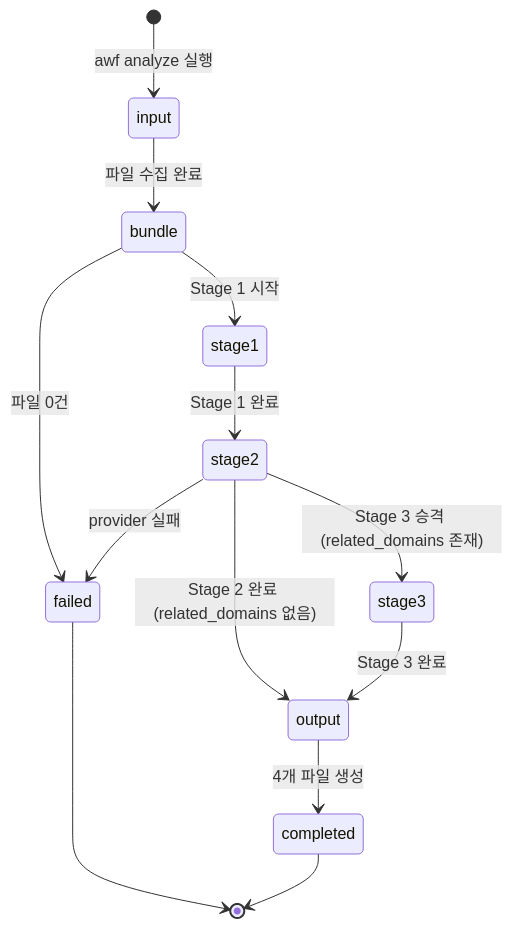
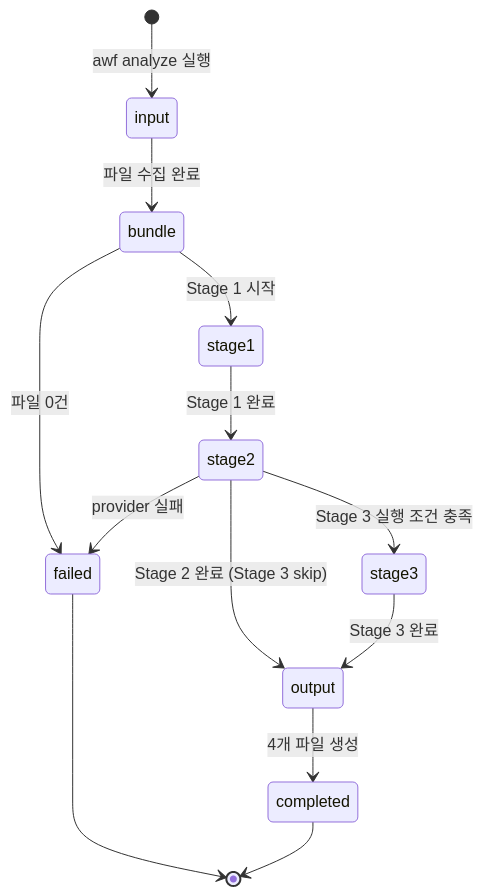
One commit to coldplay126/ai-workflow-tools changed the third of 3 diagrams in docs/architecture/01-analysis-pipeline.md. Above: the diagram before and after it, drawn with Mermaid. The commit also changed other lines of this file and 25 other files, not shown here.

````diff
--- a/docs/architecture/01-analysis-pipeline.md
+++ b/docs/architecture/01-analysis-pipeline.md
@@ -124,15 +126,15 @@
 ```mermaid
 stateDiagram-v2
     [*] --> input: awf analyze 실행
     input --> bundle: 파일 수집 완료
     bundle --> failed: 파일 0건
     bundle --> stage1: Stage 1 시작
     stage1 --> stage2: Stage 1 완료
-    stage2 --> output: Stage 2 완료 (related_domains 없음)
-    stage2 --> stage3: Stage 3 승격 (related_domains 존재)
+    stage2 --> output: Stage 2 완료 (Stage 3 skip)
+    stage2 --> stage3: Stage 3 실행 조건 충족
     stage3 --> output: Stage 3 완료
     output --> completed: 4개 파일 생성
     stage2 --> failed: provider 실패
     failed --> [*]
     completed --> [*]
 ```
````
